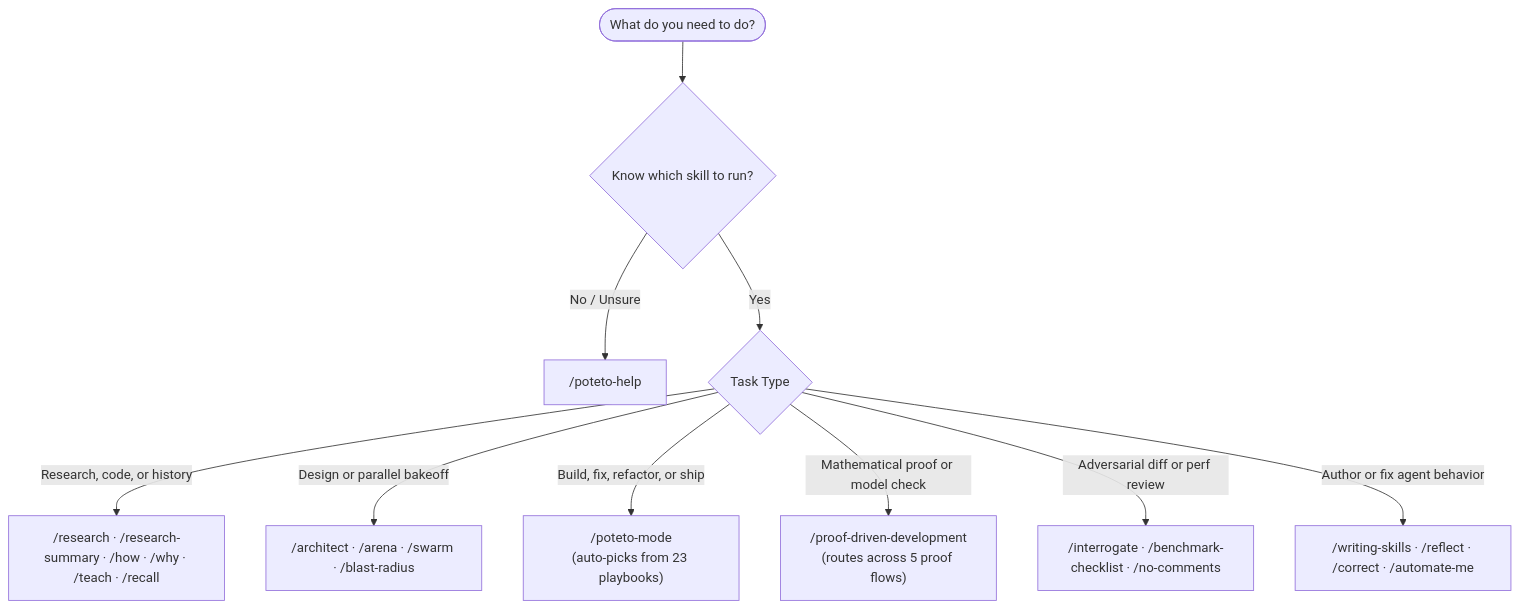
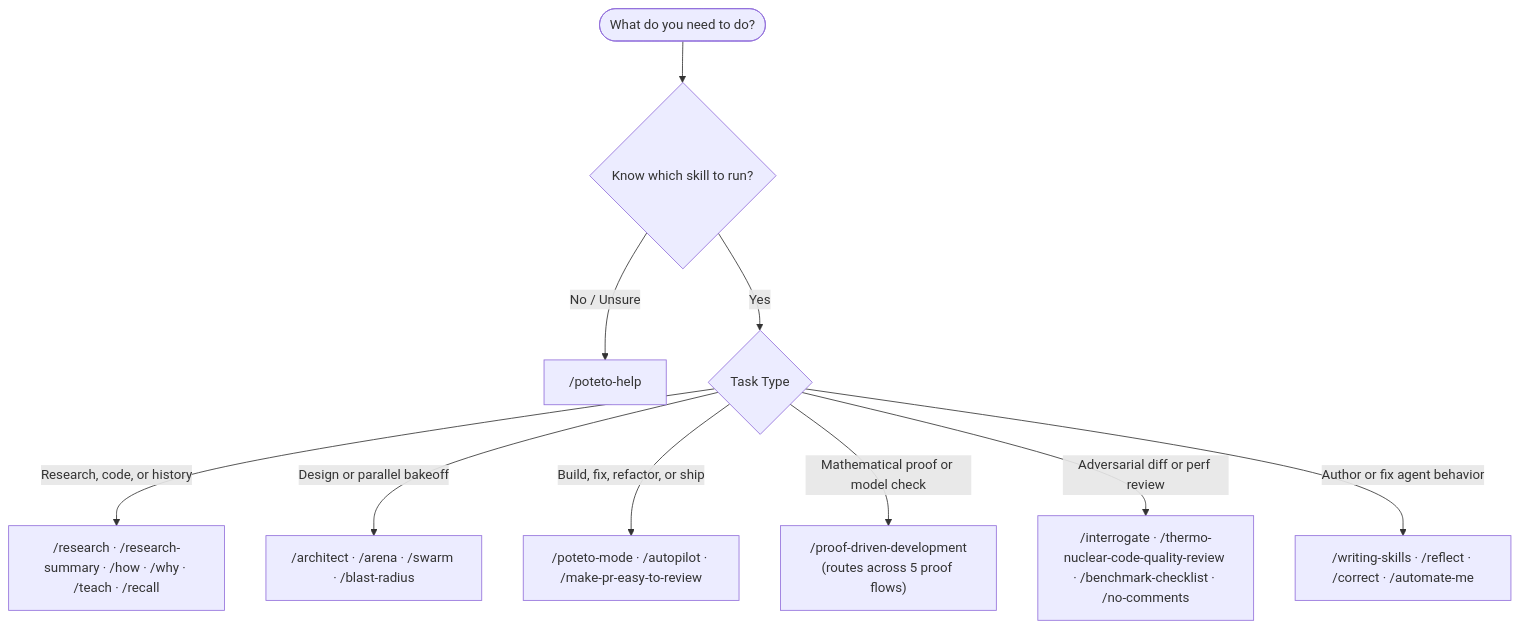
Before and after one commit to PhillipChaffee/.agents: the second of 3 diagrams in README.md, drawn with Mermaid. The commit also changed other lines of this file and 7 other files, not shown here.

Commit message:
feat(skills): add make-pr-easy-to-review, thermo-nuclear-code-quality-review, and synthesized autopilot skills

````diff
--- a/README.md
+++ b/README.md
@@ -73,13 +74,13 @@
 ```mermaid
 flowchart TD
     Start(["What do you need to do?"]) --> Q1{"Know which skill to run?"}
     Q1 -->|"No / Unsure"| Help["/poteto-help"]
     Q1 -->|"Yes"| Q2{"Task Type"}
 
     Q2 -->|"Research, code, or history"| Understand["/research · /research-summary · /how · /why · /teach · /recall"]
     Q2 -->|"Design or parallel bakeoff"| Design["/architect · /arena · /swarm · /blast-radius"]
-    Q2 -->|"Build, fix, refactor, or ship"| Execute["/poteto-mode<br/>(auto-picks from 23 playbooks)"]
+    Q2 -->|"Build, fix, refactor, or ship"| Execute["/poteto-mode · /autopilot · /make-pr-easy-to-review"]
     Q2 -->|"Mathematical proof or model check"| Prove["/proof-driven-development<br/>(routes across 5 proof flows)"]
-    Q2 -->|"Adversarial diff or perf review"| Review["/interrogate · /benchmark-checklist · /no-comments"]
+    Q2 -->|"Adversarial diff or perf review"| Review["/interrogate · /thermo-nuclear-code-quality-review · /benchmark-checklist · /no-comments"]
     Q2 -->|"Author or fix agent behavior"| Meta["/writing-skills · /reflect · /correct · /automate-me"]
 ```
````
